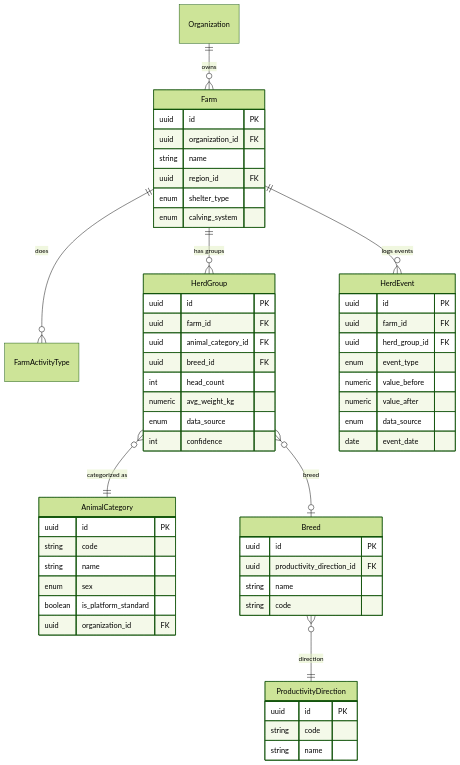
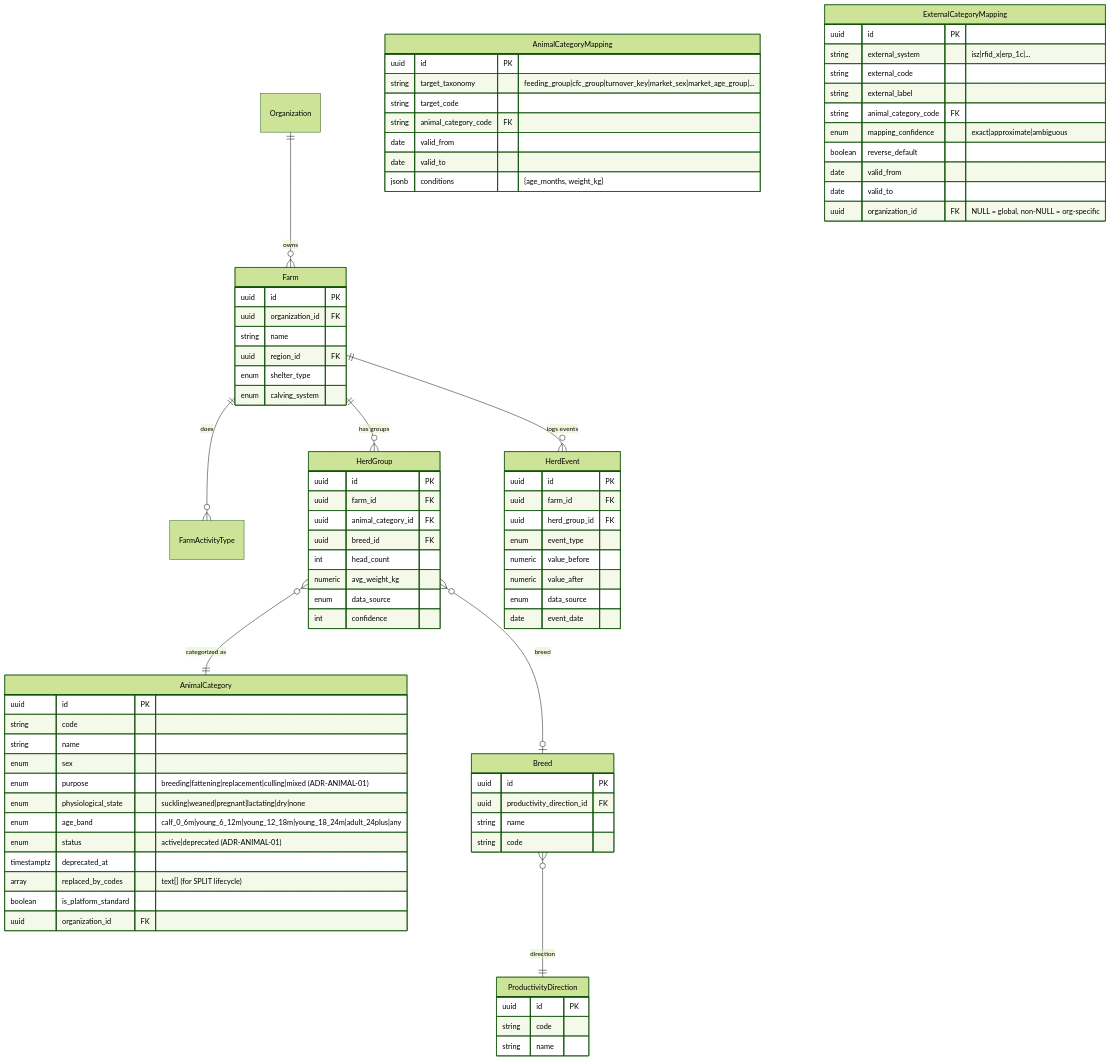
One commit to Arshidin/AgOS changed the second of 9 diagrams in Docs/AGOS-Dok1-v1_8.md. Above: the diagram before and after it, drawn with Mermaid (forest theme). The commit also changed other lines of this file and 5 other files, not shown here.

First line of the commit message:
ADR-ANIMAL-01: TAXONOMY-M1+M2+M3a+M4 — animal ontology foundation

```diff
--- a/Docs/AGOS-Dok1-v1_8.md
+++ b/Docs/AGOS-Dok1-v1_8.md
@@ -273,8 +273,35 @@
         string code
         string name
         enum sex
+        enum purpose "breeding|fattening|replacement|culling|mixed (ADR-ANIMAL-01)"
+        enum physiological_state "suckling|weaned|pregnant|lactating|dry|none"
+        enum age_band "calf_0_6m|young_6_12m|young_12_18m|young_18_24m|adult_24plus|any"
+        enum status "active|deprecated (ADR-ANIMAL-01)"
+        timestamptz deprecated_at
+        array replaced_by_codes "text[] (for SPLIT lifecycle)"
         boolean is_platform_standard
         uuid organization_id FK
+    }
+    AnimalCategoryMapping {
+        uuid id PK
+        string target_taxonomy "feeding_group|cfc_group|turnover_key|market_sex|market_age_group|..."
+        string target_code
+        string animal_category_code FK
+        date valid_from
+        date valid_to
+        jsonb conditions "{age_months, weight_kg}"
+    }
+    ExternalCategoryMapping {
+        uuid id PK
+        string external_system "isz|rfid_x|erp_1c|..."
+        string external_code
+        string external_label
+        string animal_category_code FK
+        enum mapping_confidence "exact|approximate|ambiguous"
+        boolean reverse_default
+        date valid_from
+        date valid_to
+        uuid organization_id FK "NULL = global, non-NULL = org-specific"
     }
     Breed {
         uuid id PK
```
